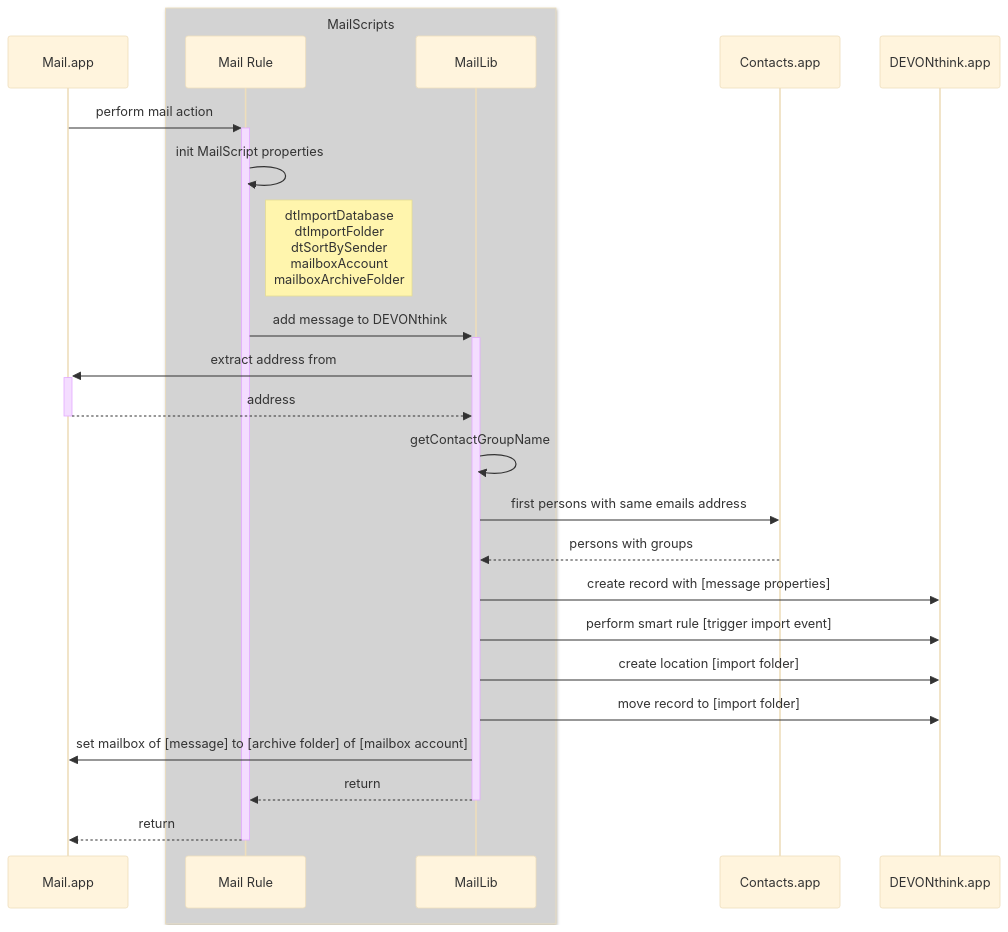
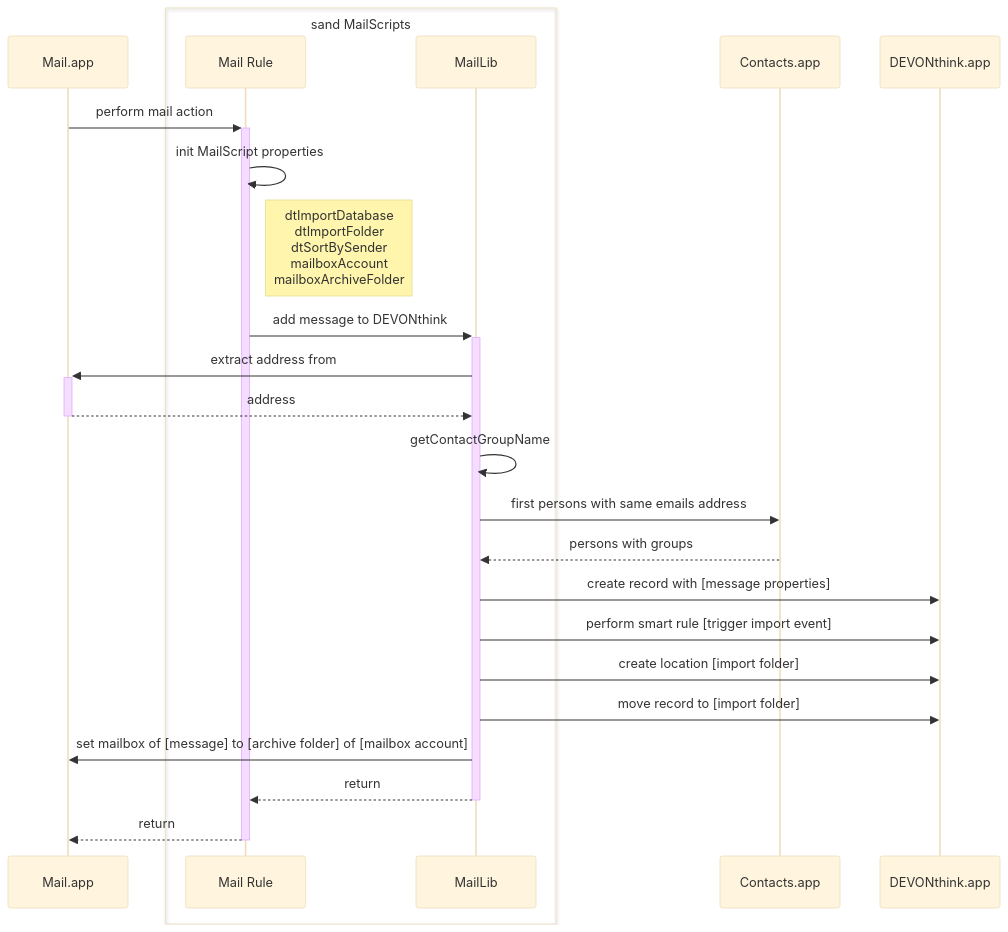
The diagram in Docs/import-email-doc.md (s17n/MailScripts), drawn with Mermaid (base theme) before and after one commit.

Commit message:
Some tests

````diff
--- a/Docs/import-email-doc.md
+++ b/Docs/import-email-doc.md
@@ -18,28 +18,28 @@
 ```mermaid 
 sequenceDiagram
 	participant M as Mail.app
-	box lightgrey MailScripts
+	box sand MailScripts
 	    participant MR as Mail Rule
     		participant ML as MailLib 
 	end
 	participant C as Contacts.app
     participant D as DEVONthink.app
 	
 	M->>+MR: perform mail action
 	MR->>MR: init MailScript properties
 	Note right of MR: dtImportDatabase <br/> dtImportFolder <br/> dtSortBySender <br/> mailboxAccount <br/> mailboxArchiveFolder
 	MR->>+ML: add message to DEVONthink
 	ML->>+M: extract address from
 	M-->>-ML: address
 	ML->>ML: getContactGroupName
 	ML->>C: first persons with same emails address
 	C-->>ML: persons with groups
 	ML->>D: create record with [message properties]
 	ML->>D: perform smart rule [trigger import event]
 	ML->>D: create location [import folder]
 	ML->>D: move record to [import folder]
 	ML->>M: set mailbox of [message] to [archive folder] of [mailbox account]
 	ML-->>-MR: return
 	MR-->>-M: return
 	
 ```
````
